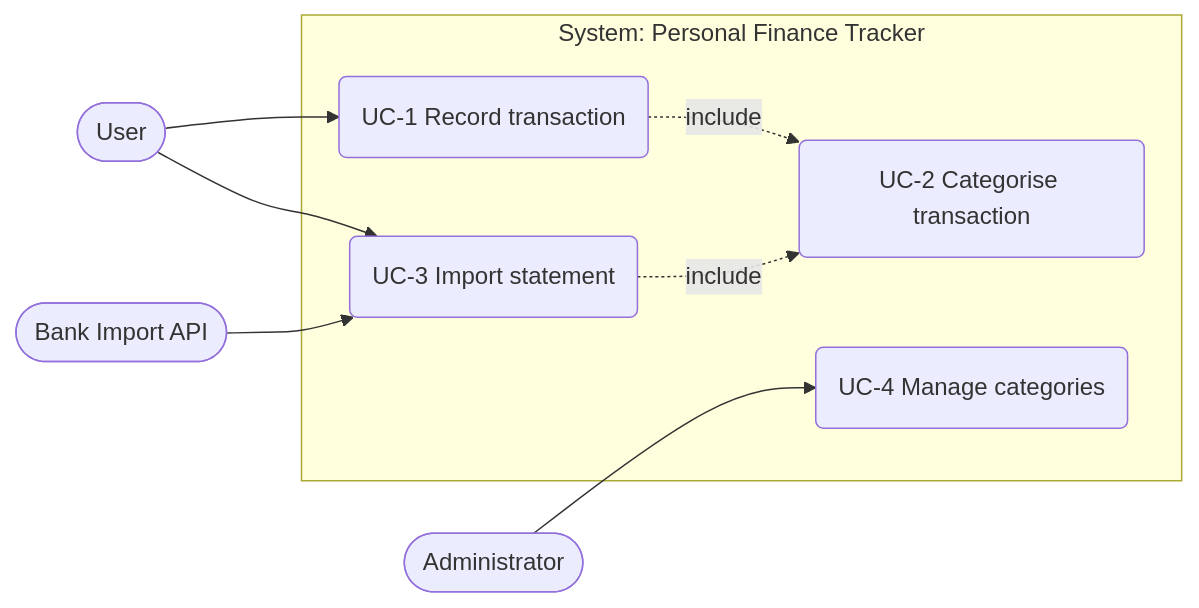
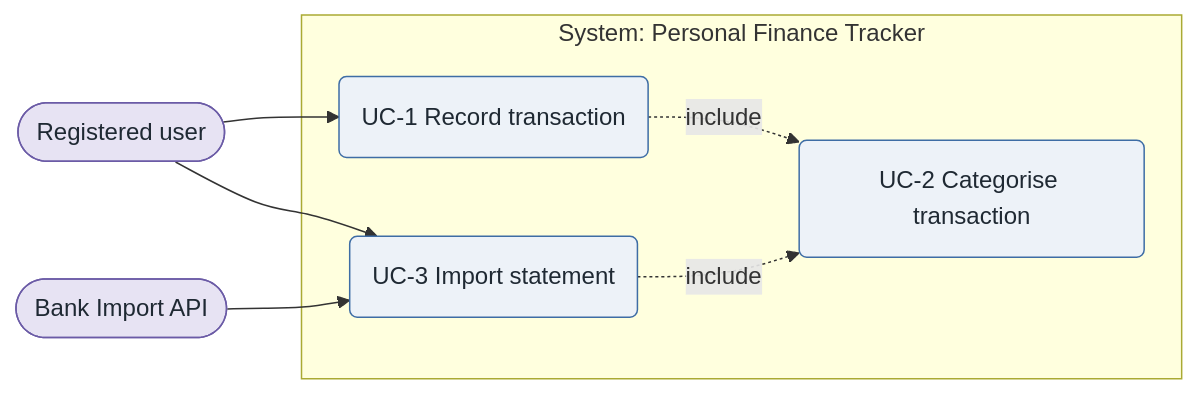
Before and after one commit to rtym/sei-architecture-methodology: the fifth of 7 diagrams in skills/sei-diagrams/SKILL.md, drawn with Mermaid. The commit also changed other lines of this file and 73 other files, not shown here.

First line of the commit message:
feat: split drivers into a directory; proper UML use case & C4 diagrams; V&B report; plugin marketplace

````diff
--- a/skills/sei-diagrams/SKILL.md
+++ b/skills/sei-diagrams/SKILL.md
@@ -173,21 +262,20 @@
 ```mermaid
 flowchart LR
-  %% Use case diagram — Finance Tracker: transaction management (UC-1..UC-4)
-  user(["User"])
-  admin(["Administrator"])
+  %% Use case diagram — Finance Tracker: transaction management (UC-1..UC-3)
+  user(["Registered user"])
   bank(["Bank Import API"])
   subgraph sys["System: Personal Finance Tracker"]
     uc1("UC-1 Record transaction")
     uc2("UC-2 Categorise transaction")
     uc3("UC-3 Import statement")
-    uc4("UC-4 Manage categories")
   end
   user --> uc1
   user --> uc3
-  admin --> uc4
+  bank --> uc3
+  uc1 -. include .-> uc2
   uc3 -. include .-> uc2
-  uc1 -. include .-> uc2
-  bank --> uc3
-  class user,admin,bank source
-  class uc1,uc2,uc3,uc4 artifact
+  classDef source   fill:#E7E3F3,stroke:#6B5BA6,color:#1F2933;
+  classDef artifact fill:#EDF2F8,stroke:#3E6DA5,color:#1F2933;
+  class user,bank source
+  class uc1,uc2,uc3 artifact
 ```
````
